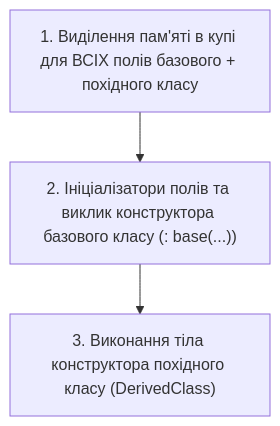
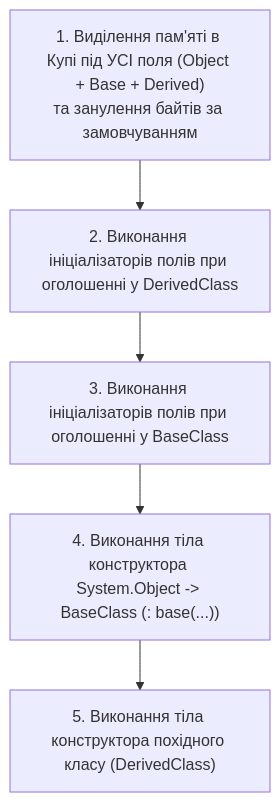
The second of 2 diagrams in 02-OOP-Core/01-Inheritance/Docs/01_Inheritance_Basics_And_Base_Keyword.md (MrTomkaYurii/CSharp-OOP-Mastery), drawn with Mermaid before and after one commit. The commit also changed other lines of this file and 73 other files, not shown here.

Commit message:
docs: enrich and expand all lecture guides across chapters 01, 02, 04, 05, 06, 07, 08, 10 with deep theory, Mermaid diagrams and verified links

````diff
--- a/02-OOP-Core/01-Inheritance/Docs/01_Inheritance_Basics_And_Base_Keyword.md
+++ b/02-OOP-Core/01-Inheritance/Docs/01_Inheritance_Basics_And_Base_Keyword.md
@@ -17,5 +69,10 @@
 ```mermaid
 flowchart TD
-    A["1. Виділення пам'яті в купі для ВСІХ полів базового + похідного класу"] --> B["2. Ініціалізатори полів та виклик конструктора базового класу (: base(...))"]
-    B --> C["3. Виконання тіла конструктора похідного класу (DerivedClass)"]
+    Step1["1. Виділення пам'яті в Купі під УСІ поля (Object + Base + Derived)\nта занулення байтів за замовчуванням"]
+    Step2["2. Виконання ініціалізаторів полів при оголошенні у DerivedClass"]
+    Step3["3. Виконання ініціалізаторів полів при оголошенні у BaseClass"]
+    Step4["4. Виконання тіла конструктора System.Object -> BaseClass (: base(...))"]
+    Step5["5. Виконання тіла конструктора похідного класу (DerivedClass)"]
+
+    Step1 --> Step2 --> Step3 --> Step4 --> Step5
 ```
````
